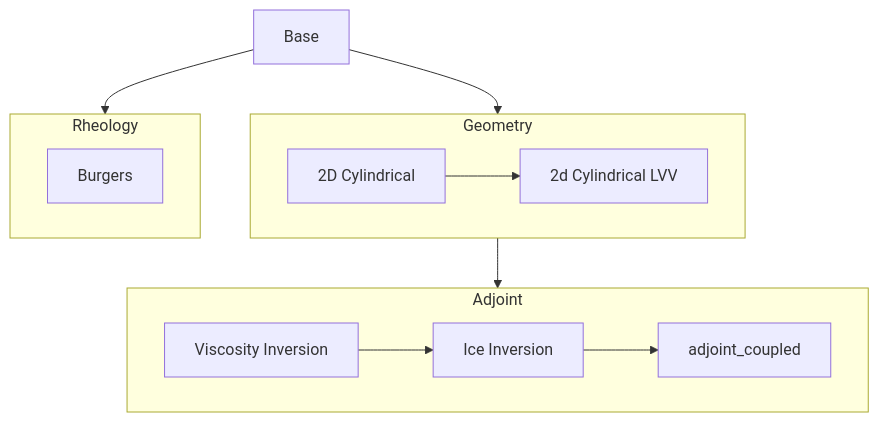
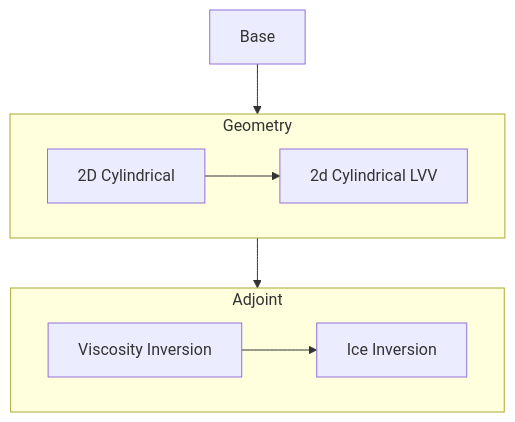
One commit to g-adopt/g-adopt changed the diagram in demos/glacial_isostatic_adjustment/.diagram.mermaid. Above: the diagram before and after it, drawn with Mermaid. The commit also changed 1 other file, not shown here.

```diff
--- a/demos/glacial_isostatic_adjustment/.diagram.mermaid
+++ b/demos/glacial_isostatic_adjustment/.diagram.mermaid
@@ -1,24 +1,19 @@
 graph TD
   base[Base]
 
   subgraph geometry[Geometry]
   cylindrical_2d[2D Cylindrical] --> cylindrical_lvv_2d[2d Cylindrical LVV]
   end
 
-  subgraph rheology[Rheology]
-  burgers[Burgers]
-  end
-
   subgraph adjoint[Adjoint]
-  adjoint_viscosity[Viscosity Inversion] --> adjoint_ice[Ice Inversion] --> adjoint_coupled[adjoint_coupled]
+  adjoint_viscosity[Viscosity Inversion] --> adjoint_ice[Ice Inversion]
   end
 
   base --> geometry
-  base --> rheology
   geometry --> adjoint
 
   click base "base_case"
   click cylindrical_2d "2d_cylindrical"
   click cylindrical_lvv_2d "2d_cylindrical_lvv"
   click adjoint_ice "adjoint_ice"
   click adjoint_viscosity "adjoint_viscosity"
```
